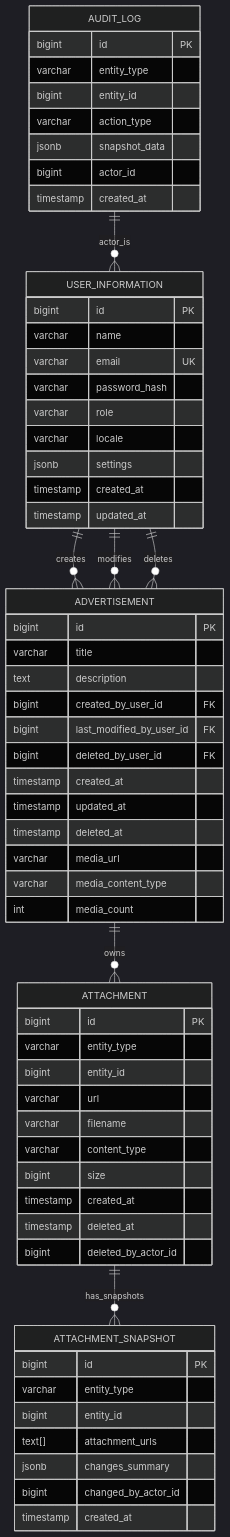
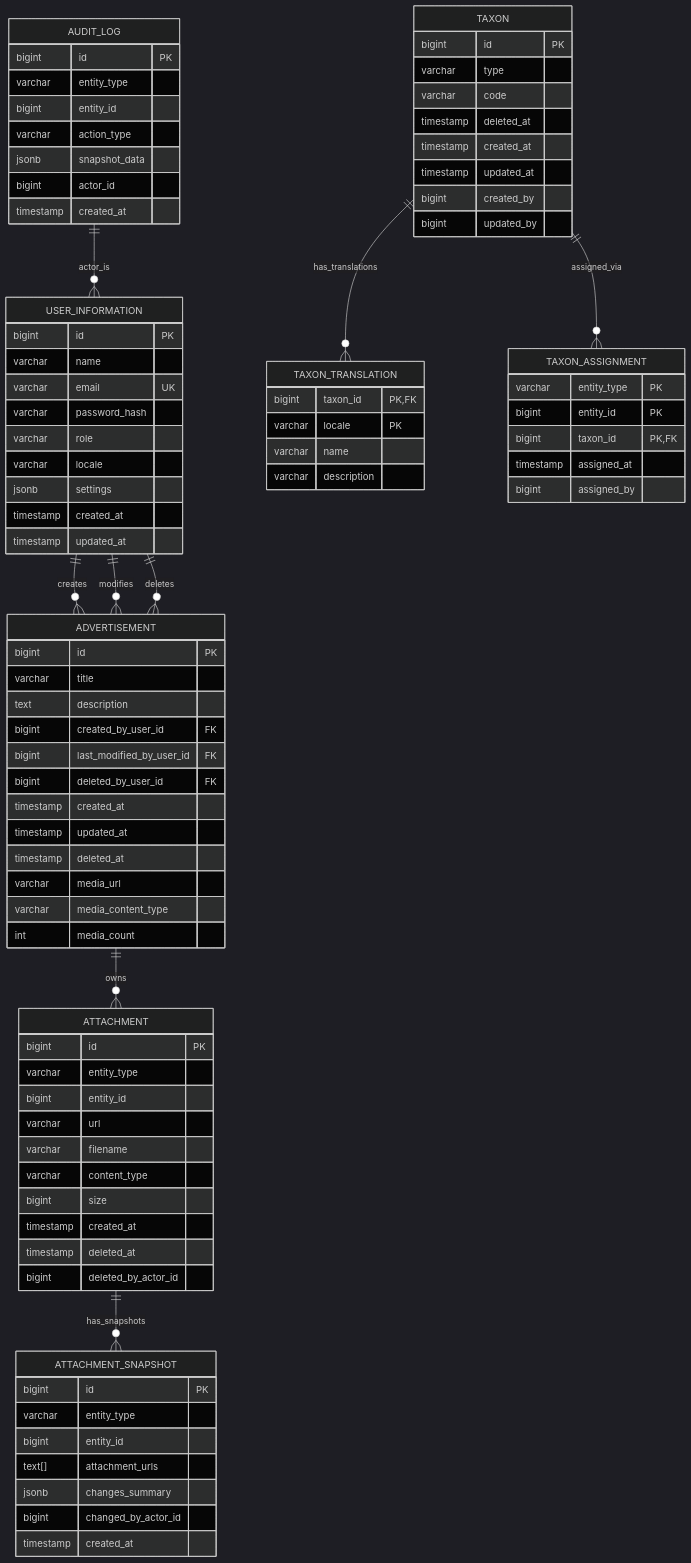
One commit to OstMutant/Advertisement changed the diagram in docs/architecture/04-database-erd.md. Above: the diagram before and after it, drawn with Mermaid (dark theme). The commit also changed other lines of this file and 15 other files, not shown here.

````diff
--- a/docs/architecture/04-database-erd.md
+++ b/docs/architecture/04-database-erd.md
@@ -68,10 +68,38 @@
         timestamp created_at
     }
     
+    TAXON {
+        bigint id PK
+        varchar type
+        varchar code
+        timestamp deleted_at
+        timestamp created_at
+        timestamp updated_at
+        bigint created_by
+        bigint updated_by
+    }
+
+    TAXON_TRANSLATION {
+        bigint taxon_id PK,FK
+        varchar locale PK
+        varchar name
+        varchar description
+    }
+
+    TAXON_ASSIGNMENT {
+        varchar entity_type PK
+        bigint entity_id PK
+        bigint taxon_id PK,FK
+        timestamp assigned_at
+        bigint assigned_by
+    }
+
     USER_INFORMATION ||--o{ ADVERTISEMENT : "creates"
     USER_INFORMATION ||--o{ ADVERTISEMENT : "modifies"
     USER_INFORMATION ||--o{ ADVERTISEMENT : "deletes"
     ADVERTISEMENT ||--o{ ATTACHMENT : "owns"
     ATTACHMENT ||--o{ ATTACHMENT_SNAPSHOT : "has_snapshots"
     AUDIT_LOG ||--o{ USER_INFORMATION : "actor_is"
+    TAXON ||--o{ TAXON_TRANSLATION : "has_translations"
+    TAXON ||--o{ TAXON_ASSIGNMENT : "assigned_via"
 ```
````
